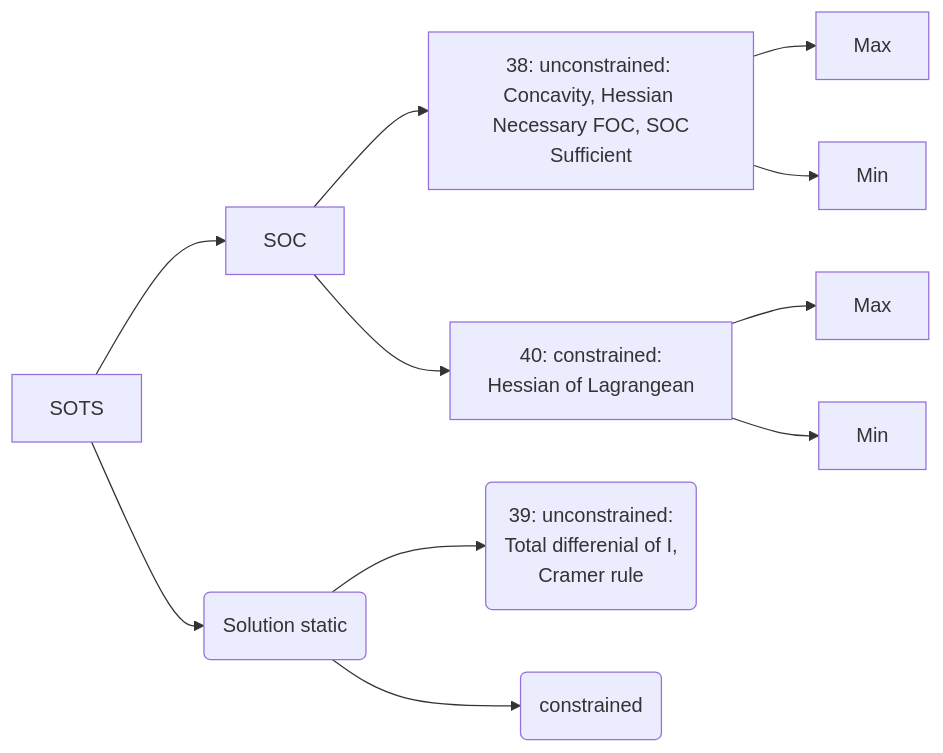
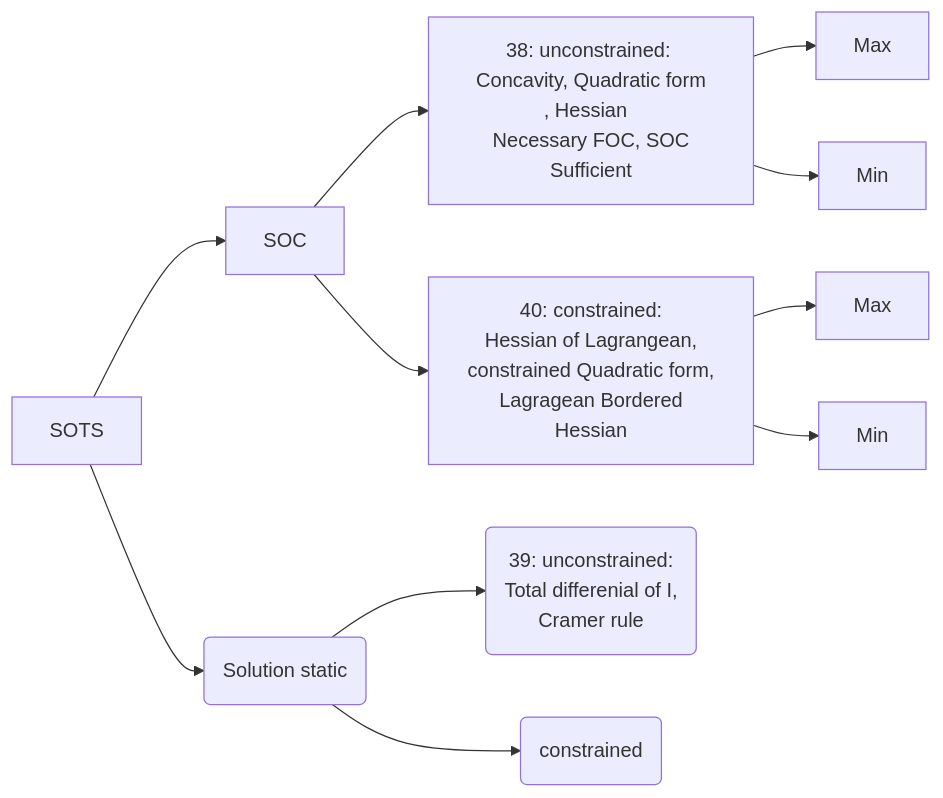
One commit to snowdj/great-waterfall changed the first of 2 diagrams in _posts/2016-11-16-econ350-test8.md. Above: the diagram before and after it, drawn with Mermaid. The commit also changed other lines of this file, not shown here.

```diff
--- a/_posts/2016-11-16-econ350-test8.md
+++ b/_posts/2016-11-16-econ350-test8.md
@@ -15,13 +15,13 @@
 <div class="mermaid">
  graph LR
      SOTS-->SOC
      SOTS-->id1(Solution static)
-     SOC-->id3[38: unconstrained: <br> Concavity, Hessian  <br> Necessary FOC, SOC Sufficient]
-     SOC-->id4[40: constrained:<br> Hessian of Lagrangean  ]
+     SOC-->id3[38: unconstrained: <br> Concavity, Quadratic form , Hessian  <br> Necessary FOC, SOC Sufficient]
+     SOC-->id4[40: constrained:<br> Hessian of Lagrangean, <br>constrained Quadratic form,<br> Lagragean Bordered Hessian   ]
      id3-->id5[Max]
      id3-->id6[Min]
      id4-->Max
      id4-->Min
      id1-->id7(39: unconstrained:<br> Total differenial of I,<br> Cramer rule  )
      id1-->id8(constrained )
  </div>
```
